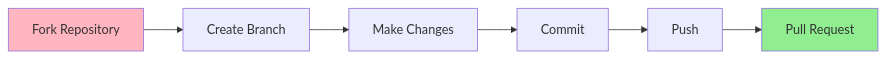
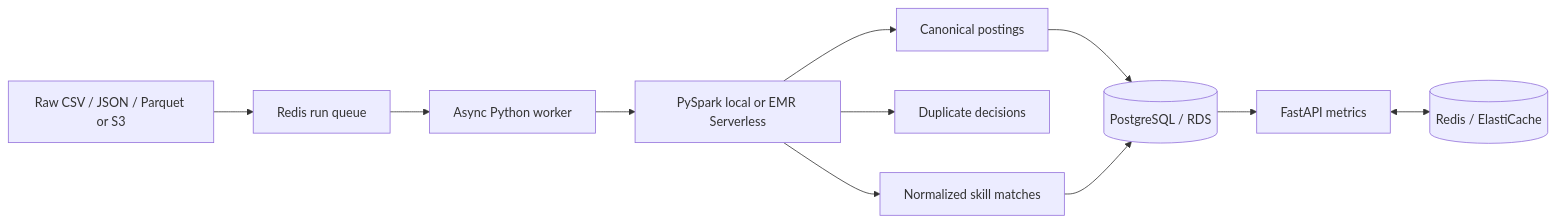
Before and after one commit to Daniel21b/Job-Market-Analytics: the diagram in README.md, drawn with Mermaid. The commit also changed other lines of this file and 49 other files, not shown here.

````diff
--- a/README.md
+++ b/README.md
@@ -358,11 +26,13 @@
 ```mermaid
-graph LR
-    A[Fork Repository] --> B[Create Branch]
-    B --> C[Make Changes]
-    C --> D[Commit]
-    D --> E[Push]
-    E --> F[Pull Request]
-    
-    style A fill:#FFB6C1
-    style F fill:#90EE90
+flowchart LR
+    A[Raw CSV / JSON / Parquet or S3] --> B[Redis run queue]
+    B --> C[Async Python worker]
+    C --> D[PySpark local or EMR Serverless]
+    D --> E[Canonical postings]
+    D --> F[Duplicate decisions]
+    D --> G[Normalized skill matches]
+    E --> H[(PostgreSQL / RDS)]
+    G --> H
+    H --> I[FastAPI metrics]
+    I <--> J[(Redis / ElastiCache)]
 ```
````
